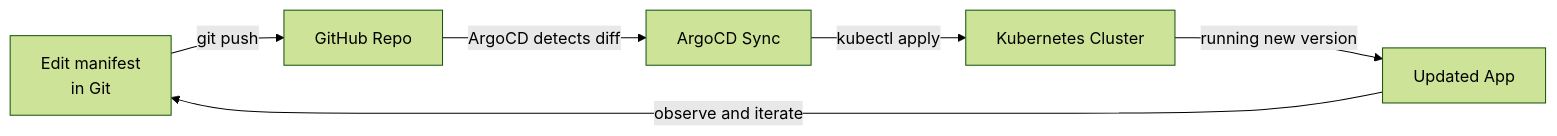
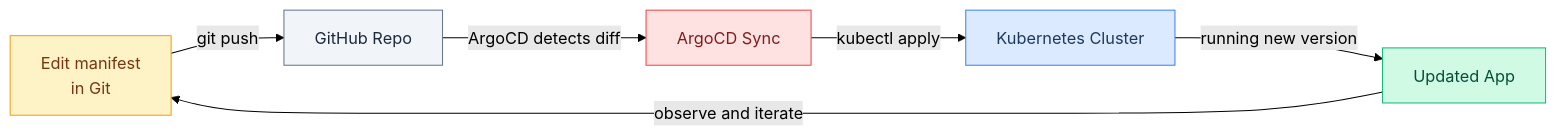
One commit to biswa123642/local-k8s-ai-agent changed the third of 3 diagrams in README.md. Above: the diagram before and after it, drawn with Mermaid (forest theme). The commit also changed other lines of this file and 1 other file, not shown here.

Commit message:
Add colors to all Mermaid diagrams

````diff
--- a/README.md
+++ b/README.md
@@ -354,8 +371,20 @@
 ```mermaid
 graph LR
     A[Edit manifest\nin Git] -->|git push| B[GitHub Repo]
     B -->|ArgoCD detects diff| C[ArgoCD Sync]
     C -->|kubectl apply| D[Kubernetes Cluster]
     D -->|running new version| E[Updated App]
     E -->|observe and iterate| A
+
+    classDef dev   fill:#fef3c7,stroke:#f59e0b,color:#78350f
+    classDef git   fill:#f1f5f9,stroke:#64748b,color:#1e293b
+    classDef argo  fill:#fee2e2,stroke:#ef4444,color:#7f1d1d
+    classDef k8s   fill:#dbeafe,stroke:#3b82f6,color:#1e3a5f
+    classDef app   fill:#d1fae5,stroke:#10b981,color:#064e3b
+
+    class A dev
+    class B git
+    class C argo
+    class D k8s
+    class E app
 ```
````
